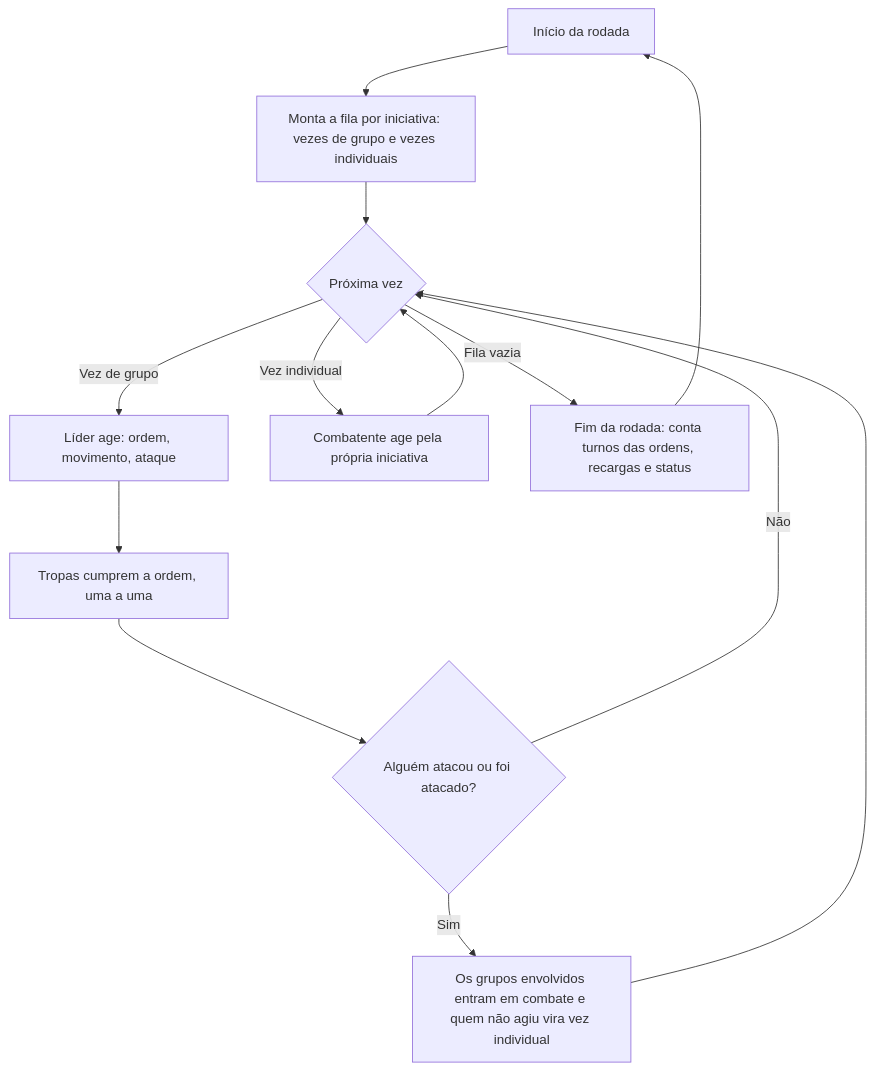
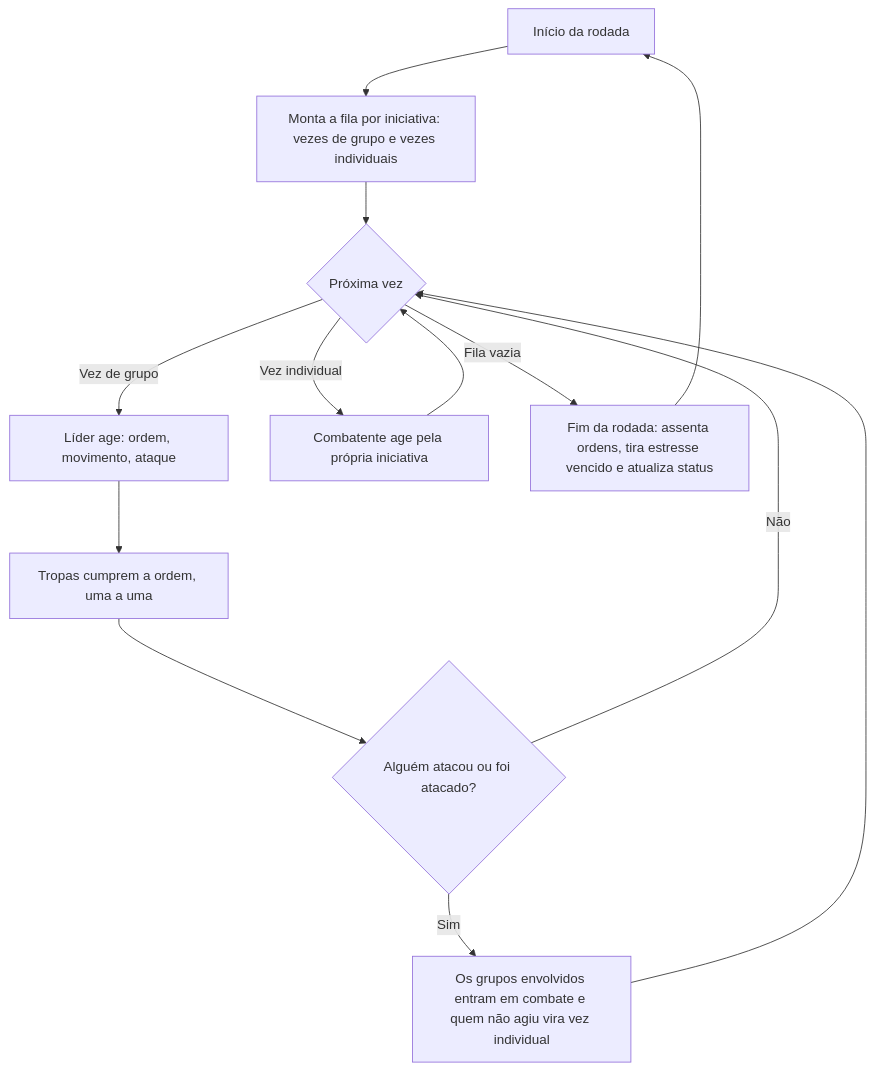
One commit to WunderHub/teste changed the second of 2 diagrams in docs/design-combate.md. Above: the diagram before and after it, drawn with Mermaid. The commit also changed other lines of this file and 9 other files, not shown here.

````diff
--- a/docs/design-combate.md
+++ b/docs/design-combate.md
@@ -237,15 +299,15 @@
 ```mermaid
 flowchart TD
   A[Início da rodada] --> B[Monta a fila por iniciativa: vezes de grupo e vezes individuais]
   B --> C{Próxima vez}
   C -->|Vez de grupo| D[Líder age: ordem, movimento, ataque]
   D --> E[Tropas cumprem a ordem, uma a uma]
   E --> F{Alguém atacou ou foi atacado?}
   F -->|Não| C
   F -->|Sim| G[Os grupos envolvidos entram em combate e quem não agiu vira vez individual]
   G --> C
   C -->|Vez individual| H[Combatente age pela própria iniciativa]
   H --> C
-  C -->|Fila vazia| I[Fim da rodada: conta turnos das ordens, recargas e status]
+  C -->|Fila vazia| I[Fim da rodada: assenta ordens, tira estresse vencido e atualiza status]
   I --> A
 ```
````
